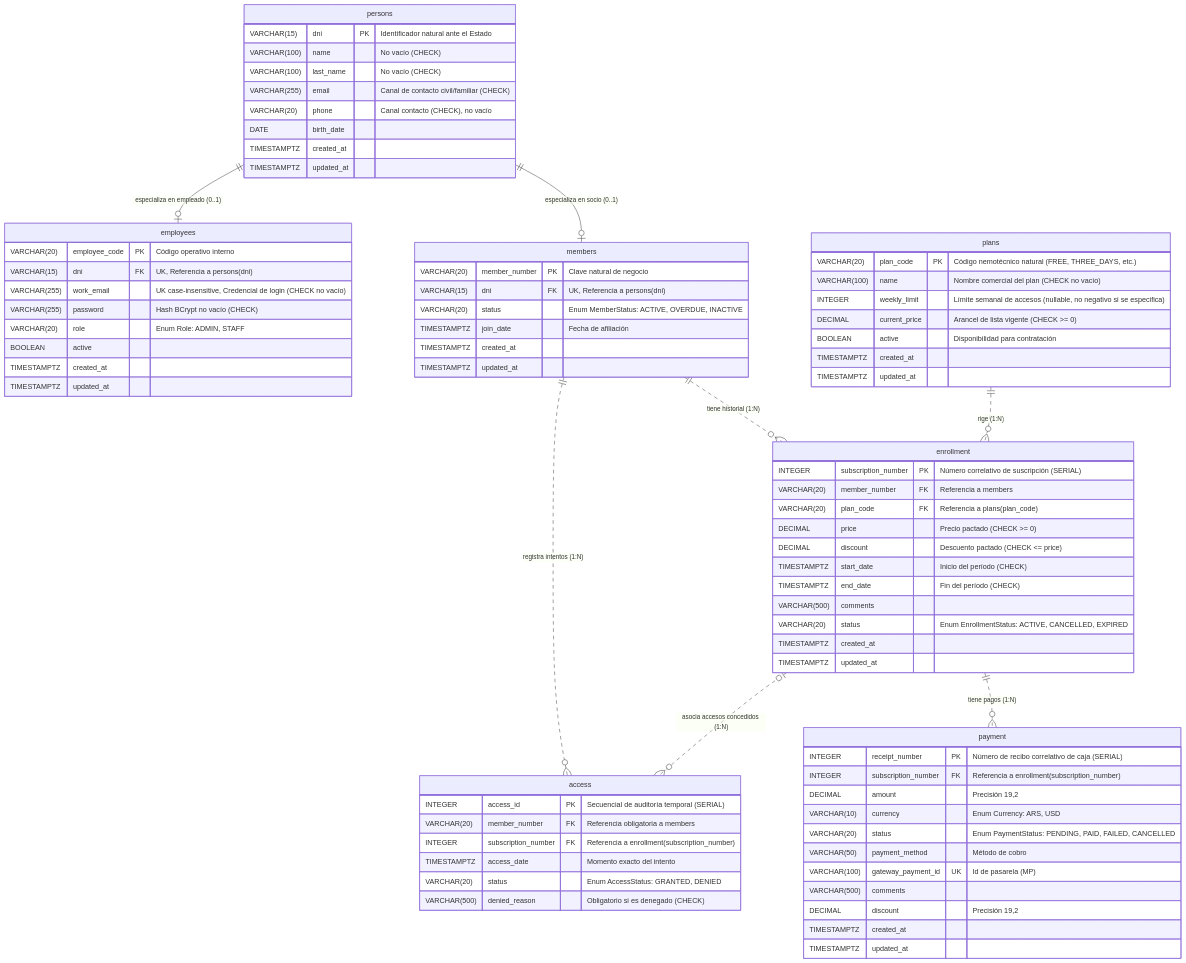
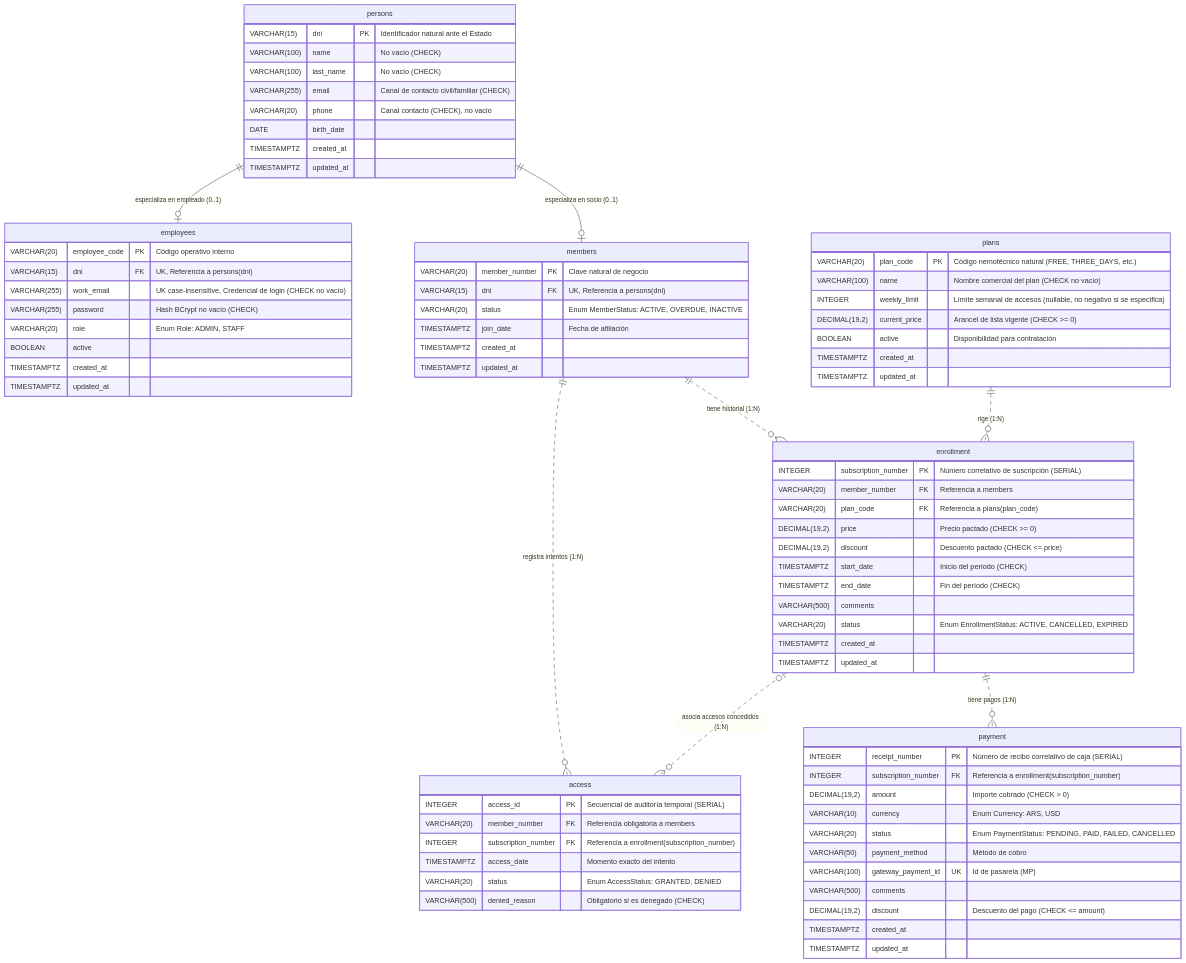
The second of 2 diagrams in docs/entidades.md (santiagovOK/TFI_grupo144), drawn with Mermaid before and after one commit. The commit also changed other lines of this file, not shown here.

Commit message:
docs(entidades): mostrar la precisión de los importes en el DER y arreglar la tabla de access

````diff
--- a/docs/entidades.md
+++ b/docs/entidades.md
@@ -100,81 +100,81 @@
 ```mermaid
 erDiagram
     persons {
         VARCHAR(15) dni PK "Identificador natural ante el Estado"
         VARCHAR(100) name "No vacío (CHECK)"
         VARCHAR(100) last_name "No vacío (CHECK)"
         VARCHAR(255) email "Canal de contacto civil/familiar (CHECK)"
         VARCHAR(20) phone "Canal contacto (CHECK), no vacío"
         DATE birth_date
         TIMESTAMPTZ created_at
         TIMESTAMPTZ updated_at
     }
     members {
         VARCHAR(20) member_number PK "Clave natural de negocio"
         VARCHAR(15) dni FK "UK, Referencia a persons(dni)"
         VARCHAR(20) status "Enum MemberStatus: ACTIVE, OVERDUE, INACTIVE"
         TIMESTAMPTZ join_date "Fecha de afiliación"
         TIMESTAMPTZ created_at
         TIMESTAMPTZ updated_at
     }
     employees {
         VARCHAR(20) employee_code PK "Código operativo interno"
         VARCHAR(15) dni FK "UK, Referencia a persons(dni)"
         VARCHAR(255) work_email "UK case-insensitive, Credencial de login (CHECK no vacío)"
         VARCHAR(255) password "Hash BCrypt no vacío (CHECK)"
         VARCHAR(20) role "Enum Role: ADMIN, STAFF"
         BOOLEAN active
         TIMESTAMPTZ created_at
         TIMESTAMPTZ updated_at
     }
     plans {
         VARCHAR(20) plan_code PK "Código nemotécnico natural (FREE, THREE_DAYS, etc.)"
         VARCHAR(100) name "Nombre comercial del plan (CHECK no vacío)"
         INTEGER weekly_limit "Límite semanal de accesos (nullable, no negativo si se especifica)"
-        DECIMAL current_price "Arancel de lista vigente (CHECK >= 0)"
+        DECIMAL(19,2) current_price "Arancel de lista vigente (CHECK >= 0)"
         BOOLEAN active "Disponibilidad para contratación"
         TIMESTAMPTZ created_at
         TIMESTAMPTZ updated_at
     }
     enrollment {
         INTEGER subscription_number PK "Número correlativo de suscripción (SERIAL)"
         VARCHAR(20) member_number FK "Referencia a members"
         VARCHAR(20) plan_code FK "Referencia a plans(plan_code)"
-        DECIMAL price "Precio pactado (CHECK >= 0)"
-        DECIMAL discount "Descuento pactado (CHECK <= price)"
+        DECIMAL(19,2) price "Precio pactado (CHECK >= 0)"
+        DECIMAL(19,2) discount "Descuento pactado (CHECK <= price)"
         TIMESTAMPTZ start_date "Inicio del período (CHECK)"
         TIMESTAMPTZ end_date "Fin del período (CHECK)"
         VARCHAR(500) comments
         VARCHAR(20) status "Enum EnrollmentStatus: ACTIVE, CANCELLED, EXPIRED"
         TIMESTAMPTZ created_at
         TIMESTAMPTZ updated_at
     }
     payment {
         INTEGER receipt_number PK "Número de recibo correlativo de caja (SERIAL)"
         INTEGER subscription_number FK "Referencia a enrollment(subscription_number)"
-        DECIMAL amount "Precisión 19,2"
+        DECIMAL(19,2) amount "Importe cobrado (CHECK > 0)"
         VARCHAR(10) currency "Enum Currency: ARS, USD"
         VARCHAR(20) status "Enum PaymentStatus: PENDING, PAID, FAILED, CANCELLED"
         VARCHAR(50) payment_method "Método de cobro"
         VARCHAR(100) gateway_payment_id UK "Id de pasarela (MP)"
         VARCHAR(500) comments
-        DECIMAL discount "Precisión 19,2"
+        DECIMAL(19,2) discount "Descuento del pago (CHECK <= amount)"
         TIMESTAMPTZ created_at
         TIMESTAMPTZ updated_at
     }
     access {
         INTEGER access_id PK "Secuencial de auditoría temporal (SERIAL)"
         VARCHAR(20) member_number FK "Referencia obligatoria a members"
         INTEGER subscription_number FK "Referencia a enrollment(subscription_number)"
         TIMESTAMPTZ access_date "Momento exacto del intento"
         VARCHAR(20) status "Enum AccessStatus: GRANTED, DENIED"
         VARCHAR(500) denied_reason "Obligatorio si es denegado (CHECK)"
     }
     persons ||--|o members : "especializa en socio (0..1)"
     persons ||--|o employees : "especializa en empleado (0..1)"
     plans ||..o{ enrollment : "rige (1:N)"
     members ||..o{ enrollment : "tiene historial (1:N)"
     members ||..o{ access : "registra intentos (1:N)"
     enrollment ||..o{ payment : "tiene pagos (1:N)"
     enrollment |o..o{ access : "asocia accesos concedidos (1:N)"
 ```
````
